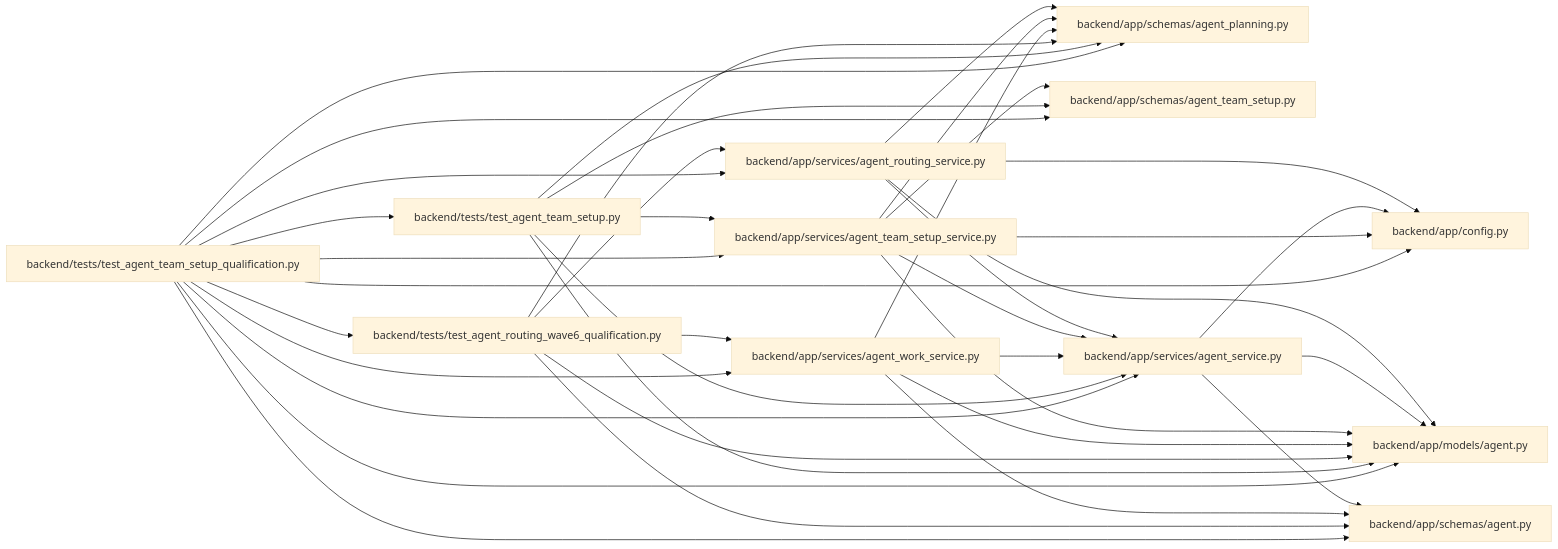
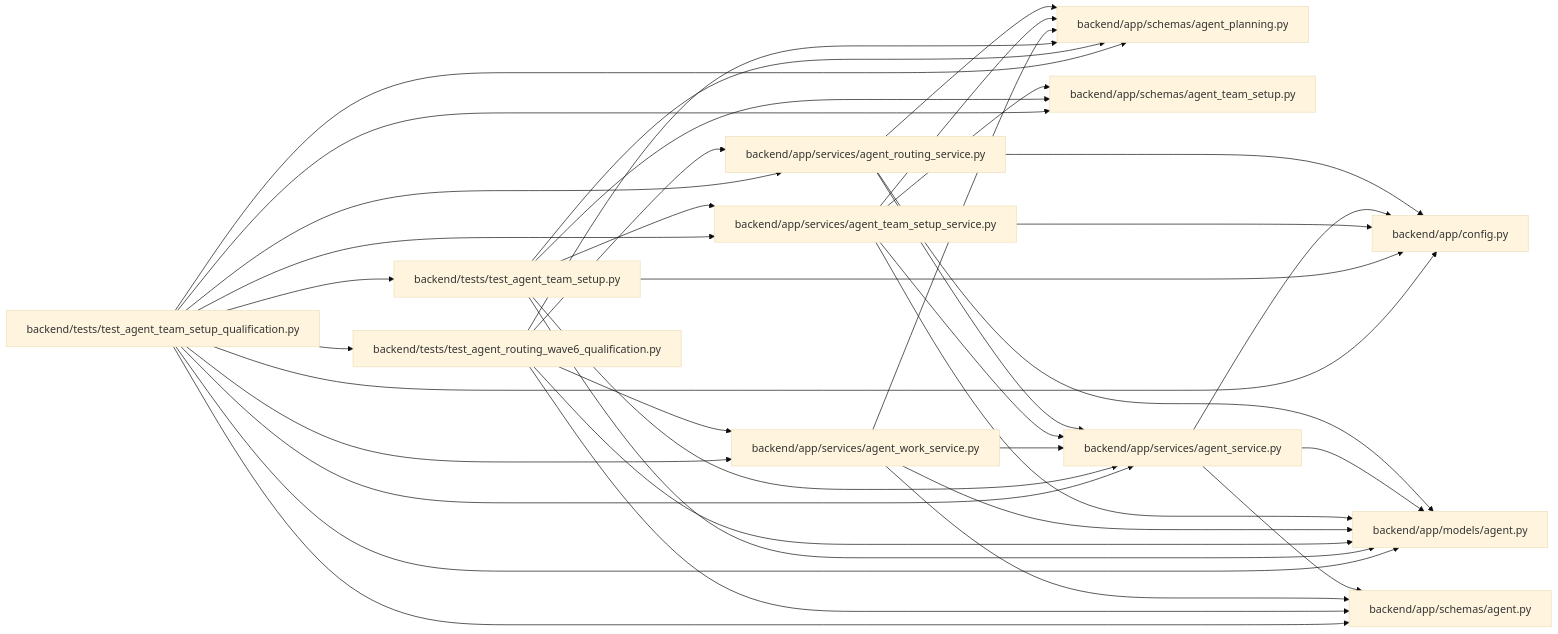
One commit to Denissvgn/WorkChord changed the diagram in docs/llm_wiki/modules/test_agent_team_setup_qualification.md. Above: the diagram before and after it, drawn with Mermaid (base theme). The commit also changed 958 other files, not shown here.

First line of the commit message:
docs(wiki): refresh identity and recovery architecture

````diff
--- a/docs/llm_wiki/modules/test_agent_team_setup_qualification.md
+++ b/docs/llm_wiki/modules/test_agent_team_setup_qualification.md
@@ -40,64 +40,65 @@
 ```mermaid
 flowchart LR
     n0["backend/app/config.py"]
     n1["backend/app/models/agent.py"]
     n2["backend/app/schemas/agent.py"]
     n3["backend/app/schemas/agent_planning.py"]
     n4["backend/app/schemas/agent_team_setup.py"]
     n5["backend/app/services/agent_routing_service.py"]
     n6["backend/app/services/agent_service.py"]
     n7["backend/app/services/agent_team_setup_service.py"]
     n8["backend/app/services/agent_work_service.py"]
     n9["backend/tests/test_agent_routing_wave6_qualification.py"]
     n10["backend/tests/test_agent_team_setup.py"]
     n11["backend/tests/test_agent_team_setup_qualification.py"]
     n5 --> n0
     n5 --> n1
     n5 --> n3
     n5 --> n6
     n6 --> n0
     n6 --> n1
     n6 --> n2
     n7 --> n0
     n7 --> n1
     n7 --> n3
     n7 --> n4
     n7 --> n6
     n8 --> n1
     n8 --> n2
     n8 --> n3
     n8 --> n6
     n9 --> n1
     n9 --> n2
     n9 --> n3
     n9 --> n5
     n9 --> n8
+    n10 --> n0
     n10 --> n1
     n10 --> n3
     n10 --> n4
     n10 --> n6
     n10 --> n7
     n11 --> n0
     n11 --> n1
     n11 --> n2
     n11 --> n3
     n11 --> n4
     n11 --> n5
     n11 --> n6
     n11 --> n7
     n11 --> n8
     n11 --> n9
     n11 --> n10
     click n0 "../modules/config.md"
     click n1 "../modules/models_agent.md"
     click n2 "../modules/schemas_agent.md"
     click n3 "../modules/schemas_agent_planning.md"
     click n4 "../modules/agent_team_setup.md"
     click n5 "../modules/agent_routing_service.md"
     click n6 "../modules/agent_service.md"
     click n7 "../modules/agent_team_setup_service.md"
     click n8 "../modules/agent_work_service.md"
     click n9 "../modules/test_agent_routing_wave6_qualification.md"
     click n10 "../modules/test_agent_team_setup.md"
     click n11 "../modules/test_agent_team_setup_qualification.md"
 ```
````
